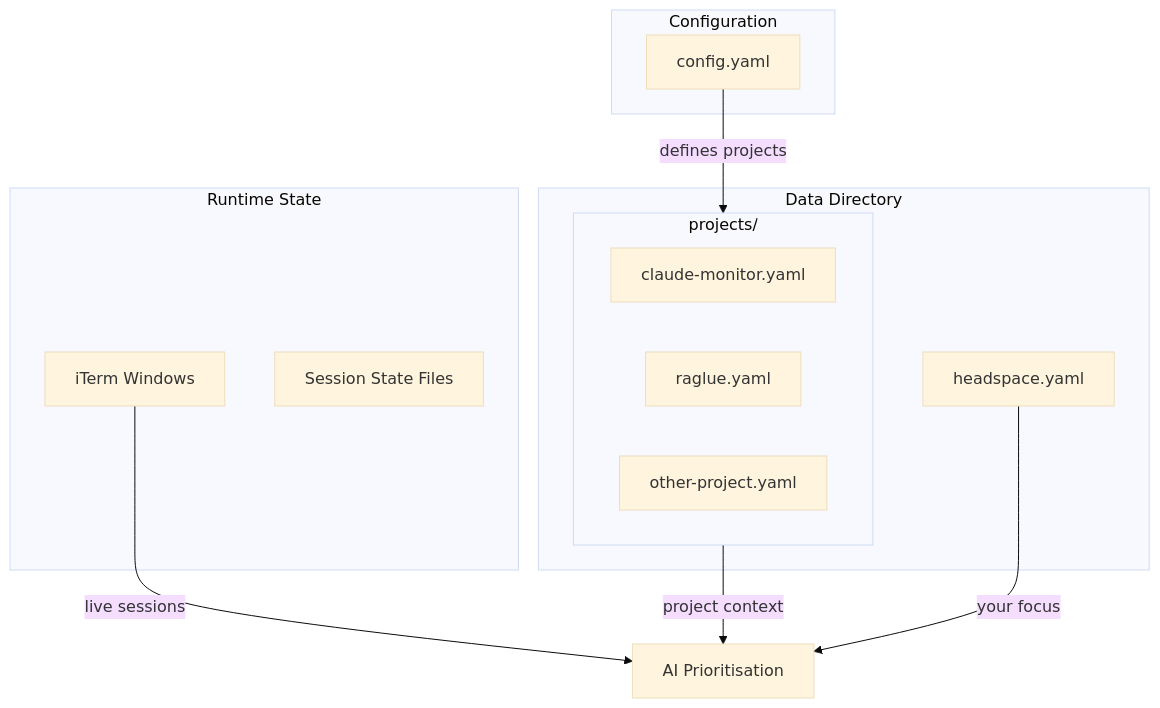
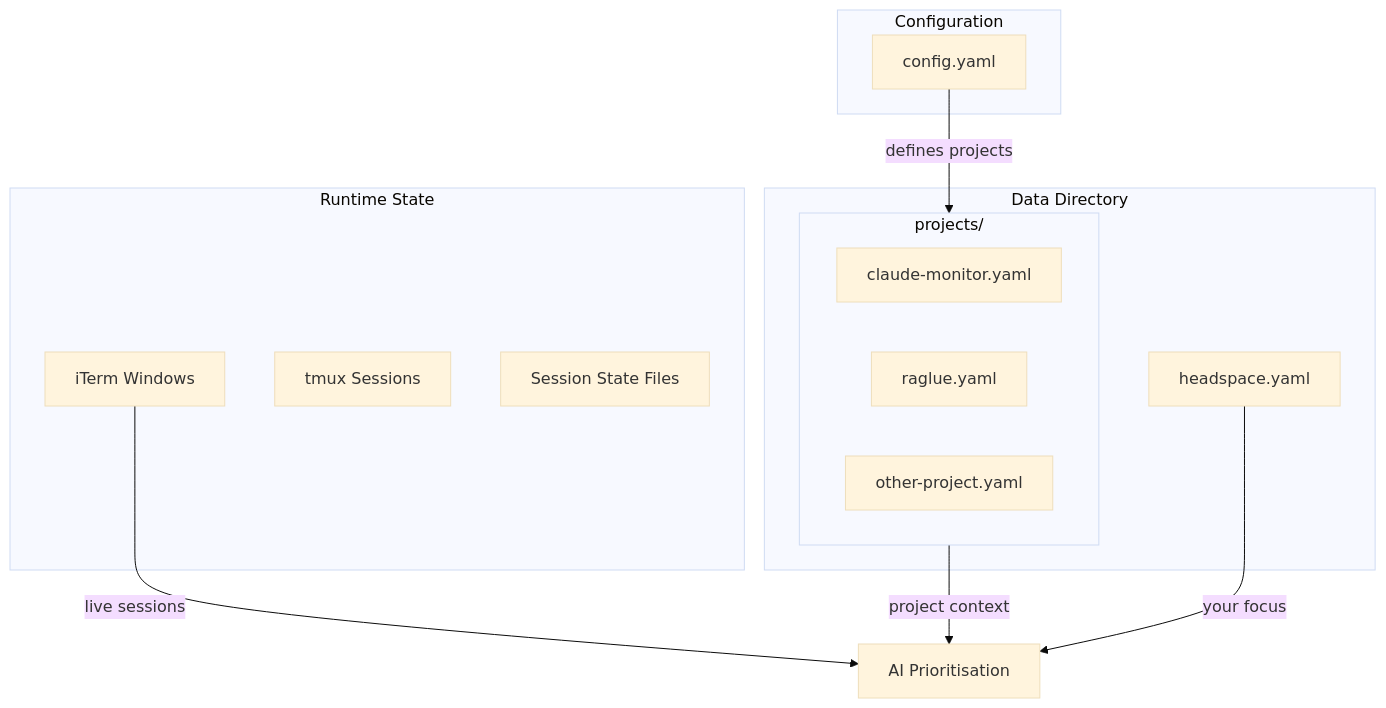
The first of 3 diagrams in docs/application/architecture.md (samotage/claude_monitor), drawn with Mermaid (base theme) before and after one commit. The commit also changed other lines of this file and 32 other files, not shown here.

````diff
--- a/docs/application/architecture.md
+++ b/docs/application/architecture.md
@@ -13,26 +13,27 @@
 ```mermaid
 graph TB
     subgraph DataDir ["Data Directory"]
         HS[headspace.yaml]
         subgraph Projects ["projects/"]
             P1[claude-monitor.yaml]
             P2[raglue.yaml]
             P3[other-project.yaml]
         end
     end
     
     subgraph Config ["Configuration"]
         CFG[config.yaml]
     end
     
     subgraph Runtime ["Runtime State"]
         ITERM[iTerm Windows]
+        TMUX[tmux Sessions]
         STATE[Session State Files]
     end
     
     CFG -->|defines projects| Projects
     HS -->|your focus| AI
     Projects -->|project context| AI
     ITERM -->|live sessions| AI
     AI[AI Prioritisation]
 ```
````
